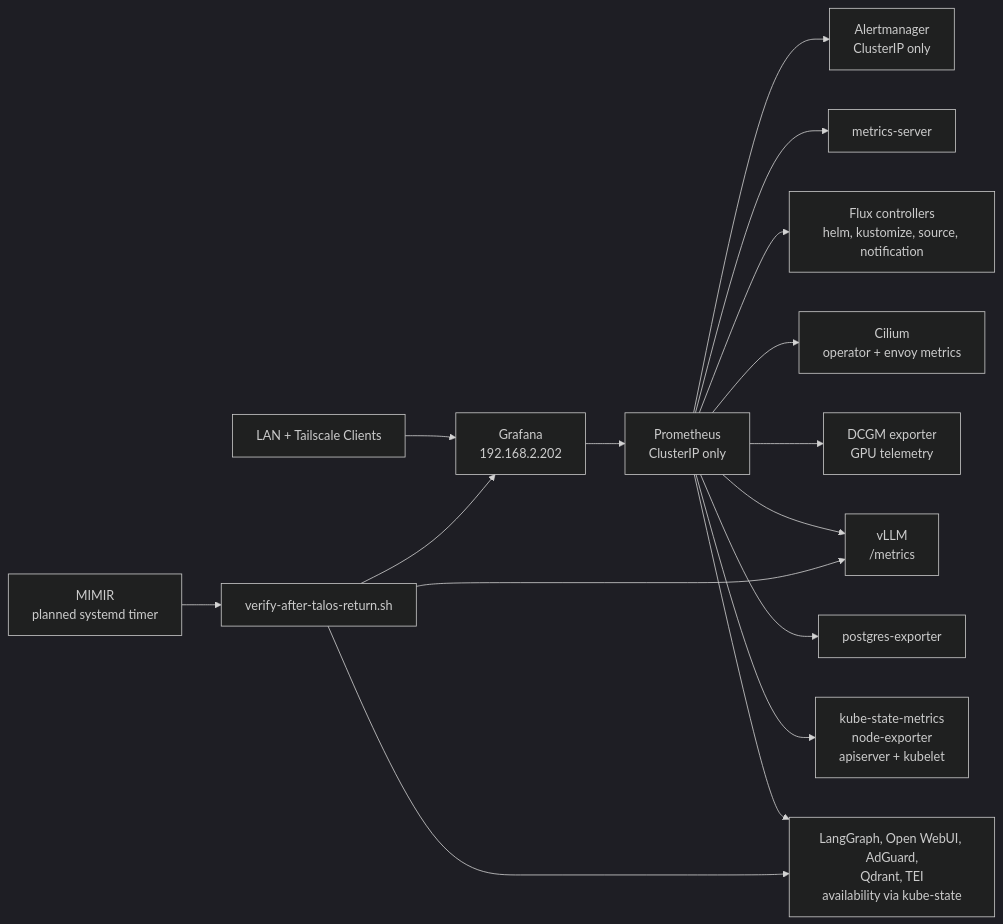
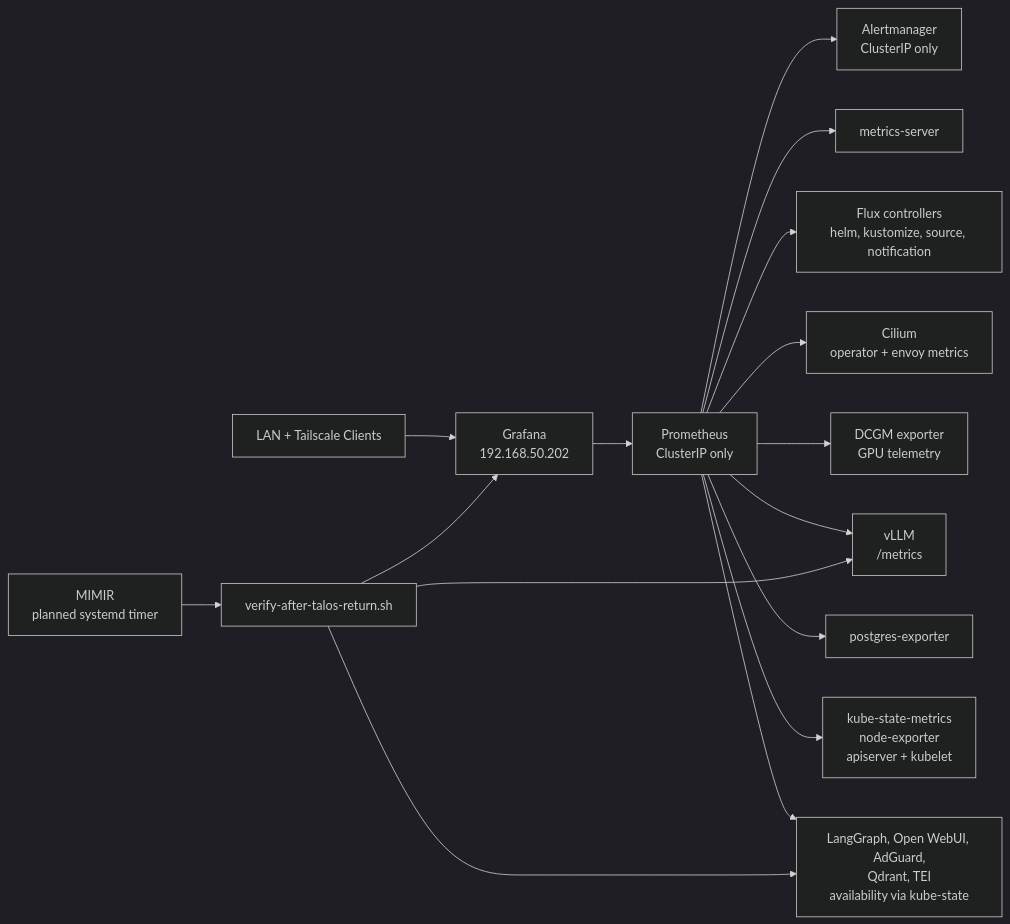
The diagram in docs/diagrams/observability-stack.mmd (ixxet/Prometheus), drawn with Mermaid (dark theme) before and after one commit. The commit also changed 18 other files, not shown here.

```diff
--- a/docs/diagrams/observability-stack.mmd
+++ b/docs/diagrams/observability-stack.mmd
@@ -1,31 +1,31 @@
 flowchart LR
   clients["LAN + Tailscale Clients"]
-  grafana["Grafana\n192.168.2.202"]
+  grafana["Grafana\n192.168.50.202"]
   prometheus["Prometheus\nClusterIP only"]
   alertmanager["Alertmanager\nClusterIP only"]
   metrics["metrics-server"]
   flux["Flux controllers\nhelm, kustomize, source, notification"]
   cilium["Cilium\noperator + envoy metrics"]
   gpu["DCGM exporter\nGPU telemetry"]
   vllm["vLLM\n/metrics"]
   pgexp["postgres-exporter"]
   kube["kube-state-metrics\nnode-exporter\napiserver + kubelet"]
   runtimes["LangGraph, Open WebUI, AdGuard,\nQdrant, TEI\navailability via kube-state"]
   mimir["MIMIR\nplanned systemd timer"]
   verify["verify-after-talos-return.sh"]
 
   clients --> grafana
   grafana --> prometheus
   prometheus --> alertmanager
   prometheus --> metrics
   prometheus --> flux
   prometheus --> cilium
   prometheus --> gpu
   prometheus --> vllm
   prometheus --> pgexp
   prometheus --> kube
   prometheus --> runtimes
   mimir --> verify
   verify --> grafana
   verify --> vllm
   verify --> runtimes
```
